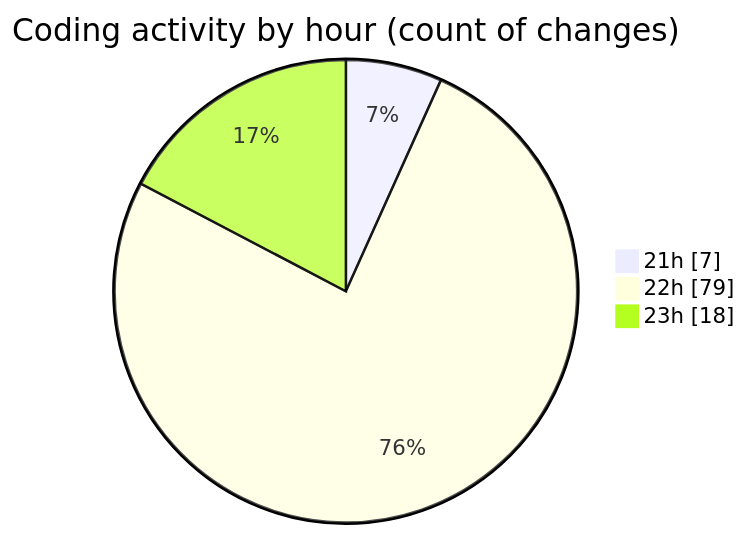
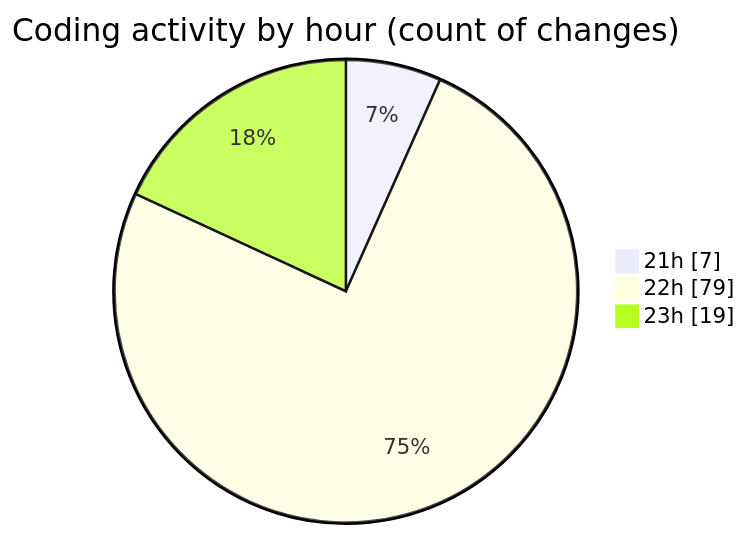
One commit to EIIisD/code-tracking changed the second of 2 diagrams in 2025-08-26/mcp-web/README.md. Above: the diagram before and after it, drawn with Mermaid. The commit also changed other lines of this file and 1 other file, not shown here.

````diff
--- a/2025-08-26/mcp-web/README.md
+++ b/2025-08-26/mcp-web/README.md
@@ -37,7 +37,7 @@
 ```mermaid
 pie showData
 title Coding activity by hour (count of changes)
 "21h" : 7
 "22h" : 79
-"23h" : 18
+"23h" : 19
 ```
````
